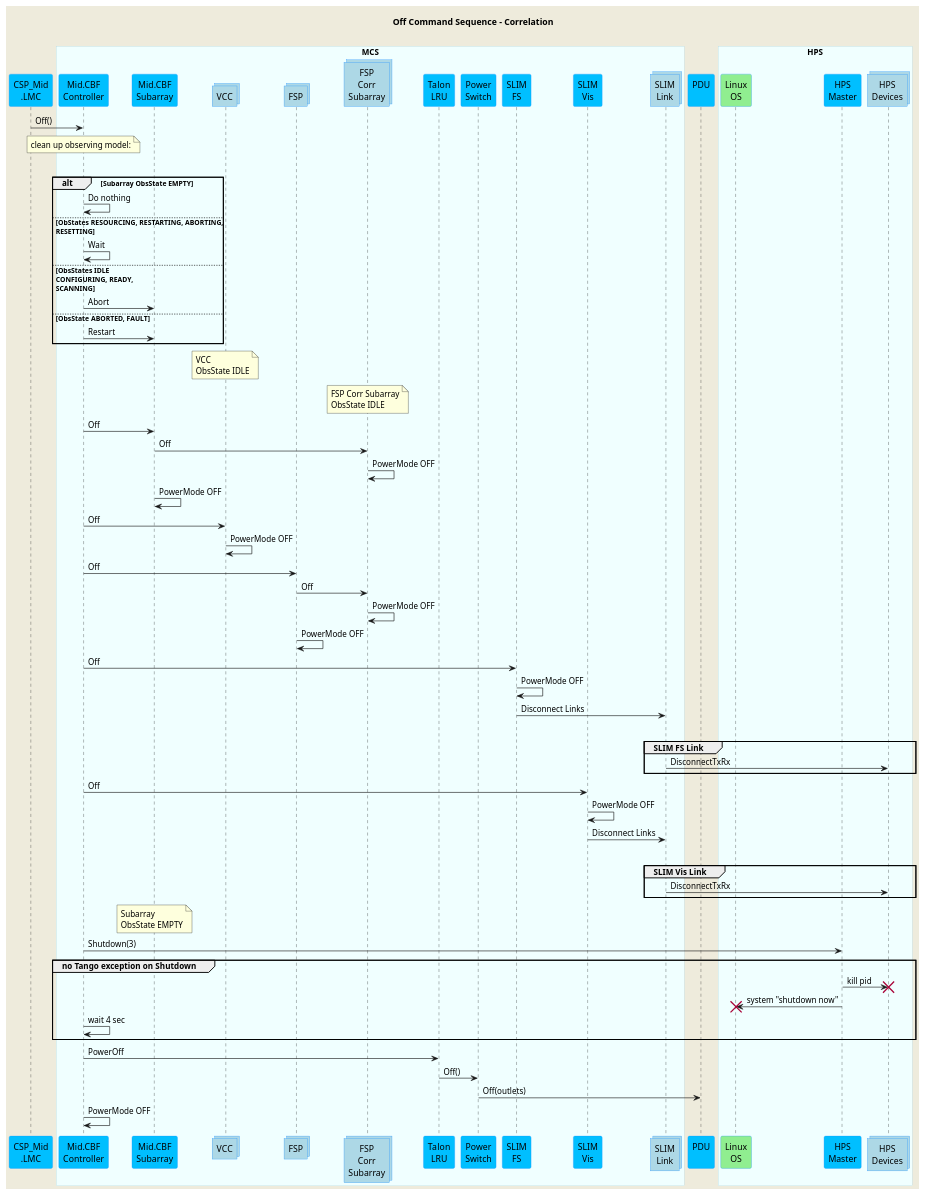
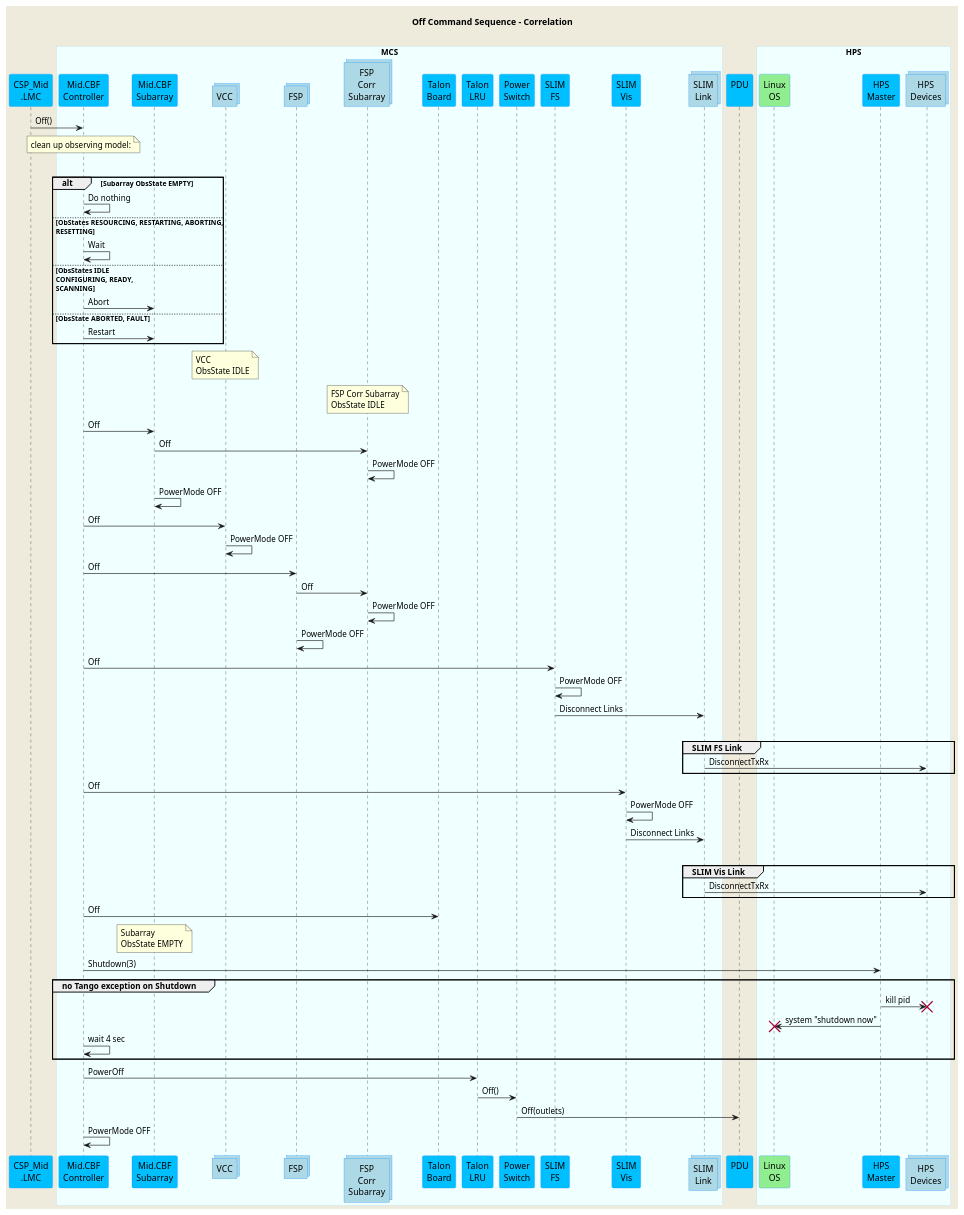
One commit to ska-telescope/mid-cbf-mcs changed the diagram in docs/src/diagrams/off-command-sequence.puml. Above: the diagram before and after it, drawn with PlantUML.

Commit message:
CIP-2365 - updating off sequence diagram to reflect off shutdown sequence change

```diff
--- a/docs/src/diagrams/off-command-sequence.puml
+++ b/docs/src/diagrams/off-command-sequence.puml
@@ -1,94 +1,96 @@
 @startuml
 'https://plantuml.com/sequence-diagram
 skinparam backgroundColor #EEEBDC
 skinparam sequence {
 ParticipantBorderColor DodgerBlue
 ParticipantBackgroundColor DeepSkyBlue
 ActorBorderColor DarkGreen
 ActorBackgroundColor Green
 BoxBorderColor LightBlue
 BoxBackgroundColor #F0FFFF
 }
 skinparam collections {
   BackGroundColor LightBlue
   BorderColor DodgerBlue
 }
 skinparam database {
   BackgroundColor LightGreen
   BorderColor DarkGreen
 }
 title Off Command Sequence - Correlation\n
 participant "CSP_Mid\n.LMC" as lmc
 box "MCS"
 participant "Mid.CBF\nController" as controller
 participant "Mid.CBF\nSubarray" as subarray
 collections "VCC" as vcc
 collections "FSP" as fsp
 collections "FSP\nCorr\nSubarray" as fspsubarray
+participant "Talon\nBoard" as talon_board
 participant "Talon\nLRU" as lru
 participant "Power\nSwitch" as switch
 participant "SLIM\nFS" as slim_fs
 participant "SLIM\nVis" as slim_vis
 collections "SLIM\nLink" as slimlink
 end box
 participant "PDU\n" as pdu
 box "HPS"
 participant "Linux\nOS" as os #LightGreen
 participant "HPS\nMaster" as hpsmaster
 collections "HPS\nDevices" as hpsdevices
 end box
 lmc        ->  controller    : Off()
 
 note over controller         : clean up observing model:
 
 loop until Subarray ObsState EMPTY or time exceeded
 alt Subarray ObsState EMPTY
 controller -> controller : Do nothing
 else ObStates RESOURCING, RESTARTING, ABORTING,\nRESETTING
 controller -> controller : Wait
 else ObsStates IDLE\nCONFIGURING, READY,\nSCANNING
 controller -> subarray   : Abort
 else ObsState ABORTED, FAULT
 controller -> subarray   : Restart
 end loop
 note over vcc            : VCC\nObsState IDLE
 note over fspsubarray    : FSP Corr Subarray\nObsState IDLE
 
 controller ->  subarray      : Off
 subarray   ->  fspsubarray   : Off
 fspsubarray->  fspsubarray   : PowerMode OFF
 subarray   ->  subarray      : PowerMode OFF
 controller ->  vcc           : Off
 vcc        ->  vcc           : PowerMode OFF
 controller ->  fsp           : Off
 fsp        ->  fspsubarray   : Off
 fspsubarray->  fspsubarray   : PowerMode OFF
 fsp        ->  fsp           : PowerMode OFF
 controller ->  slim_fs       : Off
 slim_fs    ->  slim_fs       : PowerMode OFF
 slim_fs    ->  slimlink      : Disconnect Links
 loop
 group SLIM FS Link
 slimlink   ->  hpsdevices    : DisconnectTxRx
 end loop
 controller ->  slim_vis      : Off
 slim_vis   ->  slim_vis      : PowerMode OFF
 slim_vis   ->  slimlink      : Disconnect Links
 loop
 group SLIM Vis Link
 slimlink   ->  hpsdevices    : DisconnectTxRx
 end loop
 
+controller ->  talon_board   : Off
 note over subarray       : Subarray\nObsState EMPTY
 controller ->  hpsmaster     : Shutdown(3)
 group no Tango exception on Shutdown
 hpsmaster  ->  hpsdevices !! : kill pid
 hpsmaster  ->  os !!         : system "shutdown now"
 controller ->  controller    : wait 4 sec
 end group
 controller ->  lru           : PowerOff
 lru        ->  switch        : Off()
 switch     ->  pdu           : Off(outlets)
 
 controller ->  controller    : PowerMode OFF
 @enduml
```
